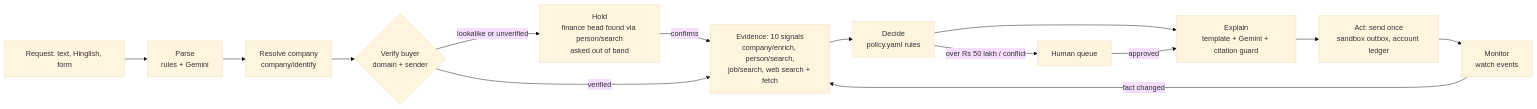
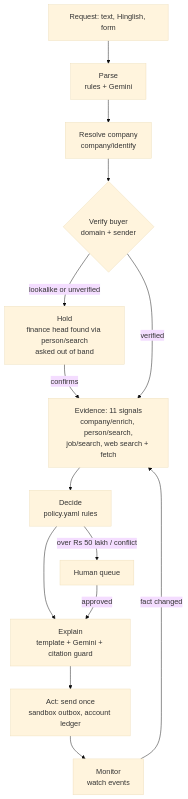
Before and after one commit to AbhinavRaj24/crustdata_contextcon_hackathon: the diagram in README.md, drawn with Mermaid (base theme). The commit also changed other lines of this file and 7 other files, not shown here.

Commit message:
README: screenshots and a public diagram link

````diff
--- a/README.md
+++ b/README.md
@@ -55,16 +65,16 @@
 ```mermaid
-flowchart LR
+flowchart TD
     R[Request: text, Hinglish, form] --> P[Parse<br/>rules + Gemini]
     P --> RS[Resolve company<br/>company/identify]
     RS --> V{Verify buyer<br/>domain + sender}
     V -- lookalike or unverified --> H[Hold<br/>finance head found via person/search<br/>asked out of band]
     H -- confirms --> E
-    V -- verified --> E[Evidence: 10 signals<br/>company/enrich, person/search,<br/>job/search, web search + fetch]
+    V -- verified --> E[Evidence: 11 signals<br/>company/enrich, person/search,<br/>job/search, web search + fetch]
     E --> D[Decide<br/>policy.yaml rules]
     D -- over Rs 50 lakh / conflict --> Q[Human queue]
     D --> X[Explain<br/>template + Gemini + citation guard]
     X --> A[Act: send once<br/>sandbox outbox, account ledger]
     Q -- approved --> X
     A --> M[Monitor<br/>watch events]
     M -- fact changed --> E
 ```
````
